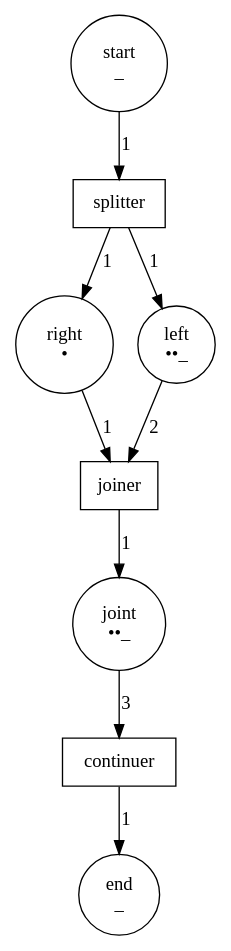
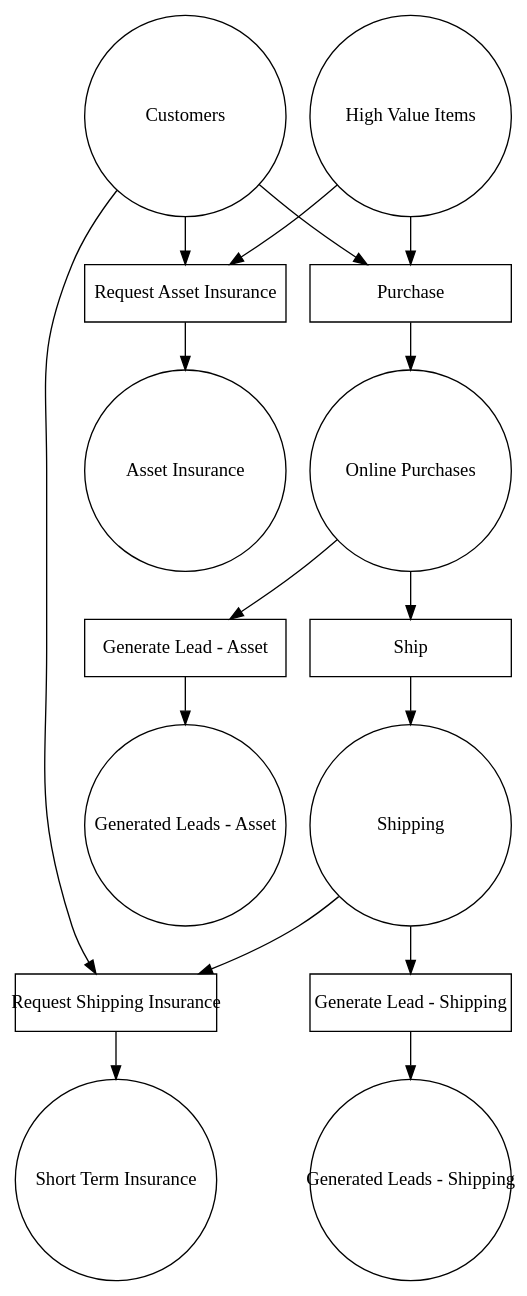
One commit to iandebeer/gleibnif changed the diagram in petrinet2.dot. Above: the diagram before and after it, drawn with Graphviz. The commit also changed 10 other files, not shown here.

```diff
--- a/petrinet2.dot
+++ b/petrinet2.dot
@@ -1,19 +1,41 @@
-digraph G {
-0 [label="right\n•\n" shape=circle]
-1 [label="left\n••_\n" shape=circle]
-2 [label="end\n_\n" shape=circle]
-3 [label="continuer" shape=box]
-4 [label="joiner" shape=box]
-5 [label="start\n_\n" shape=circle]
-6 [label="splitter" shape=box]
-7 [label="joint\n••_\n" shape=circle]
+digraph petri_net {
+  rankdir = TD;
+  node [shape=circle, fixedsize=true, width=2.1];
 
-0 -> 4 [label="1" ] 
-1 -> 4 [label="2" ] 
-3 -> 2 [label="1" ] 
-4 -> 7 [label="1" ] 
-5 -> 6 [label="1" ] 
-6 -> 1 [label="1" ] 
-6 -> 0 [label="1" ] 
-7 -> 3 [label="3" ] 
+  // Places
+  place_customers [label="Customers"];
+  place_high_value_items [label="High Value Items"];
+  place_online_purchases [label="Online Purchases"];
+  place_shipping [label="Shipping"];
+  place_generated_leads_shipping [label="Generated Leads - Shipping"];
+  place_generated_leads_asset [label="Generated Leads - Asset"];
+  place_short_term_insurance [label="Short Term Insurance"];
+  place_asset_insurance [label="Asset Insurance"];
+
+  // Transitions
+  node [shape=rectangle, fixedsize=true, width=2.1, height=0.6];
+
+  transition_purchase [label="Purchase"];
+  transition_ship [label="Ship"];
+  transition_generate_lead_shipping [label="Generate Lead - Shipping"];
+  transition_generate_lead_asset [label="Generate Lead - Asset"];
+  transition_request_shipping_insurance [label="Request Shipping Insurance"];
+  transition_request_asset_insurance [label="Request Asset Insurance"];
+
+  // Arcs
+  place_customers -> transition_purchase;
+  place_high_value_items -> transition_purchase;
+  transition_purchase -> place_online_purchases;
+  place_online_purchases -> transition_ship;
+  place_online_purchases -> transition_generate_lead_asset;
+  transition_ship -> place_shipping;
+  place_shipping -> transition_generate_lead_shipping;
+  transition_generate_lead_shipping -> place_generated_leads_shipping;
+  transition_generate_lead_asset -> place_generated_leads_asset;
+  place_customers -> transition_request_shipping_insurance;
+  place_shipping -> transition_request_shipping_insurance;
+  transition_request_shipping_insurance -> place_short_term_insurance;
+  place_customers -> transition_request_asset_insurance;
+  place_high_value_items -> transition_request_asset_insurance;
+  transition_request_asset_insurance -> place_asset_insurance;
 }
```
